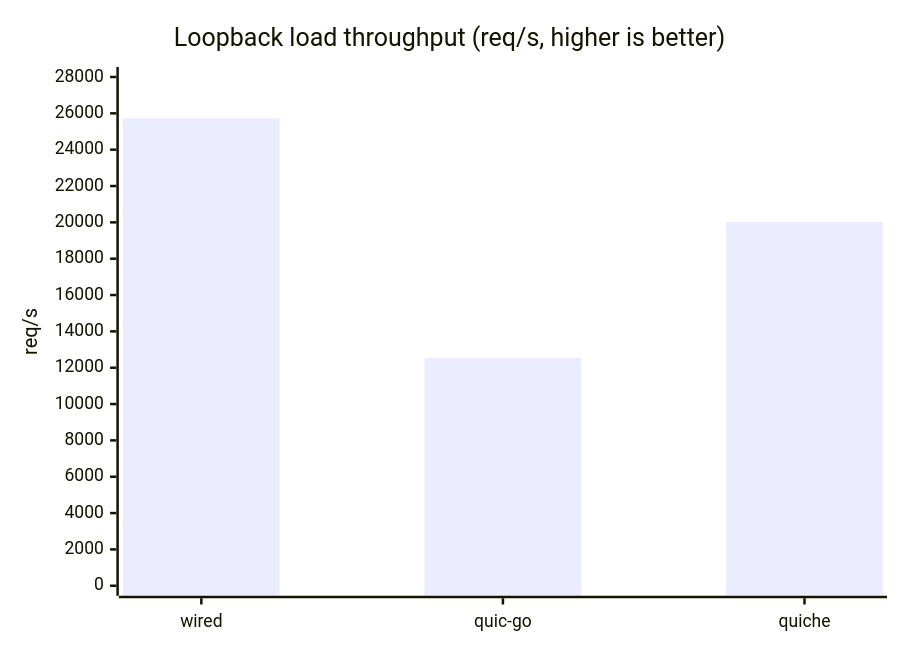
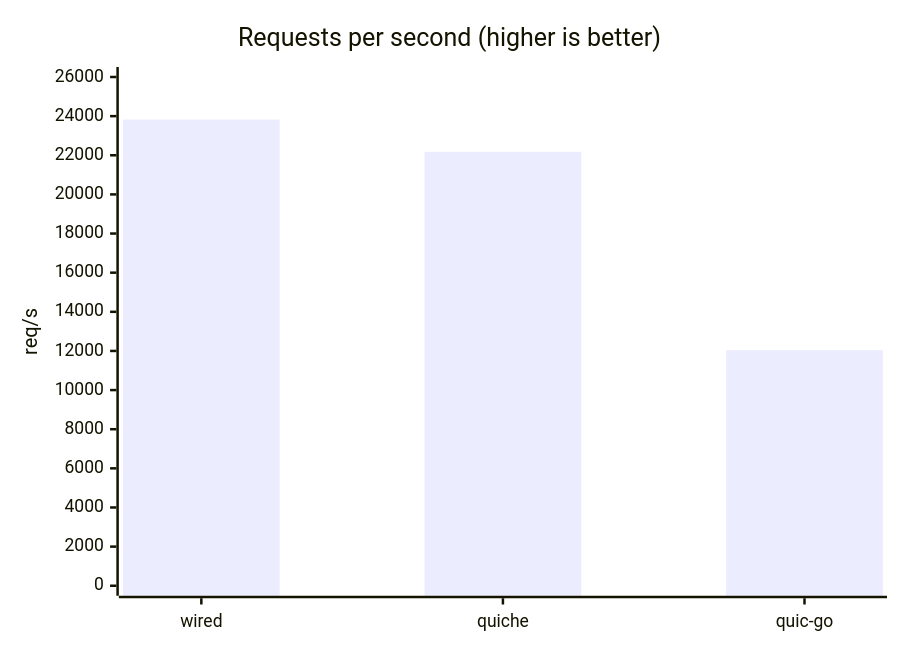
Before and after one commit to Hakkadaikon/wired: the second of 3 diagrams in docs/performance/comparison.md, drawn with Mermaid. The commit also changed other lines of this file and 4 other files, not shown here.

````diff
--- a/docs/performance/comparison.md
+++ b/docs/performance/comparison.md
@@ -258,7 +86,7 @@
 ```mermaid
 xychart-beta
-    title "Loopback load throughput (req/s, higher is better)"
-    x-axis ["wired", "quic-go", "quiche"]
-    y-axis "req/s" 0 --> 28000
-    bar [25731, 12544, 20023]
+    title "Requests per second (higher is better)"
+    x-axis ["wired", "quiche", "quic-go"]
+    y-axis "req/s" 0 --> 26000
+    bar [23825, 22175, 12042]
 ```
````
